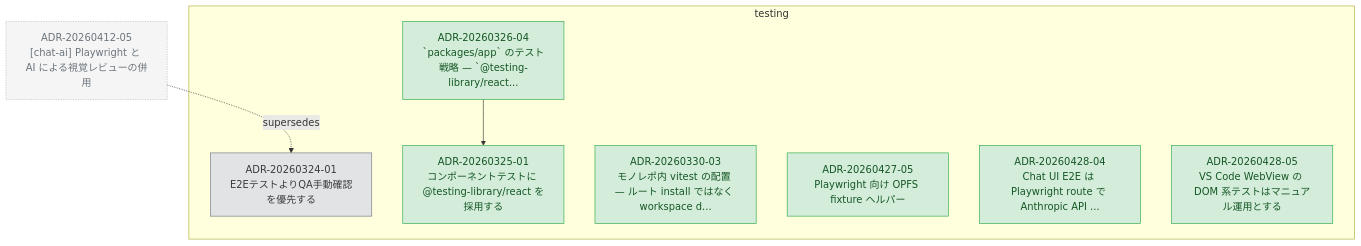
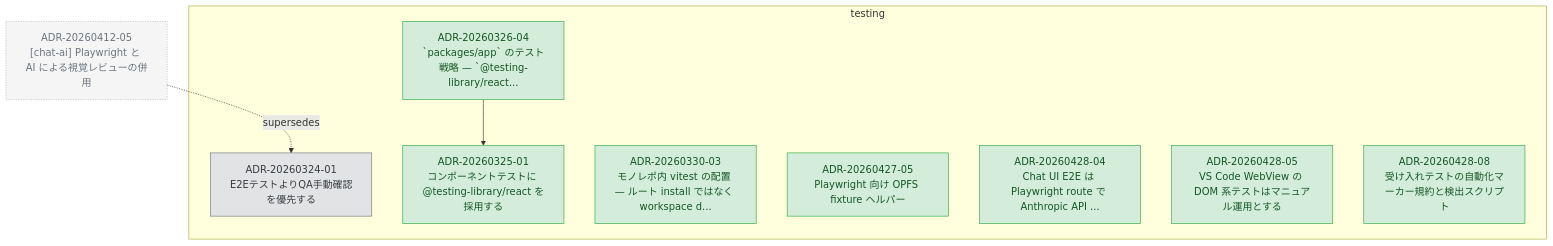
One commit to kompiro/karasu changed the diagram in docs/adr/graph/testing.md. Above: the diagram before and after it, drawn with Mermaid. The commit also changed other lines of this file and 3 other files, not shown here.

````diff
--- a/docs/adr/graph/testing.md
+++ b/docs/adr/graph/testing.md
@@ -6,30 +6,32 @@
 ```mermaid
 flowchart TD
   subgraph testing["testing"]
     ADR_20260324_01["ADR-20260324-01<br/>E2EテストよりQA手動確認を優先する"]
     ADR_20260325_01["ADR-20260325-01<br/>コンポーネントテストに @testing-library/react を採用する"]
     ADR_20260326_04["ADR-20260326-04<br/>`packages/app` のテスト戦略 — `@testing-library/react..."]
     ADR_20260330_03["ADR-20260330-03<br/>モノレポ内 vitest の配置 — ルート install ではなく workspace d..."]
     ADR_20260427_05["ADR-20260427-05<br/>Playwright 向け OPFS fixture ヘルパー"]
     ADR_20260428_04["ADR-20260428-04<br/>Chat UI E2E は Playwright route で Anthropic API ..."]
     ADR_20260428_05["ADR-20260428-05<br/>VS Code WebView の DOM 系テストはマニュアル運用とする"]
+    ADR_20260428_08["ADR-20260428-08<br/>受け入れテストの自動化マーカー規約と検出スクリプト"]
   end
   ADR_20260412_05["ADR-20260412-05<br/>[chat-ai] Playwright と AI による視覚レビューの併用"]
   ADR_20260326_04 --> ADR_20260325_01
   ADR_20260412_05 -.supersedes.-> ADR_20260324_01
 
   classDef accepted fill:#d4edda,stroke:#28a745,color:#155724
   classDef proposed fill:#fff3cd,stroke:#ffc107,color:#856404
   classDef deprecated fill:#f8d7da,stroke:#dc3545,color:#721c24
   classDef superseded fill:#e2e3e5,stroke:#6c757d,color:#383d41
   classDef not_adopted fill:#e2e3e5,stroke:#6c757d,color:#383d41,stroke-dasharray:3 3
   classDef ghost fill:#f5f5f5,stroke:#adb5bd,color:#6c757d,stroke-dasharray:2 2
   class ADR_20260324_01 superseded
   class ADR_20260325_01 accepted
   class ADR_20260326_04 accepted
   class ADR_20260330_03 accepted
   class ADR_20260427_05 accepted
   class ADR_20260428_04 accepted
   class ADR_20260428_05 accepted
+  class ADR_20260428_08 accepted
   class ADR_20260412_05 ghost
 ```
````
